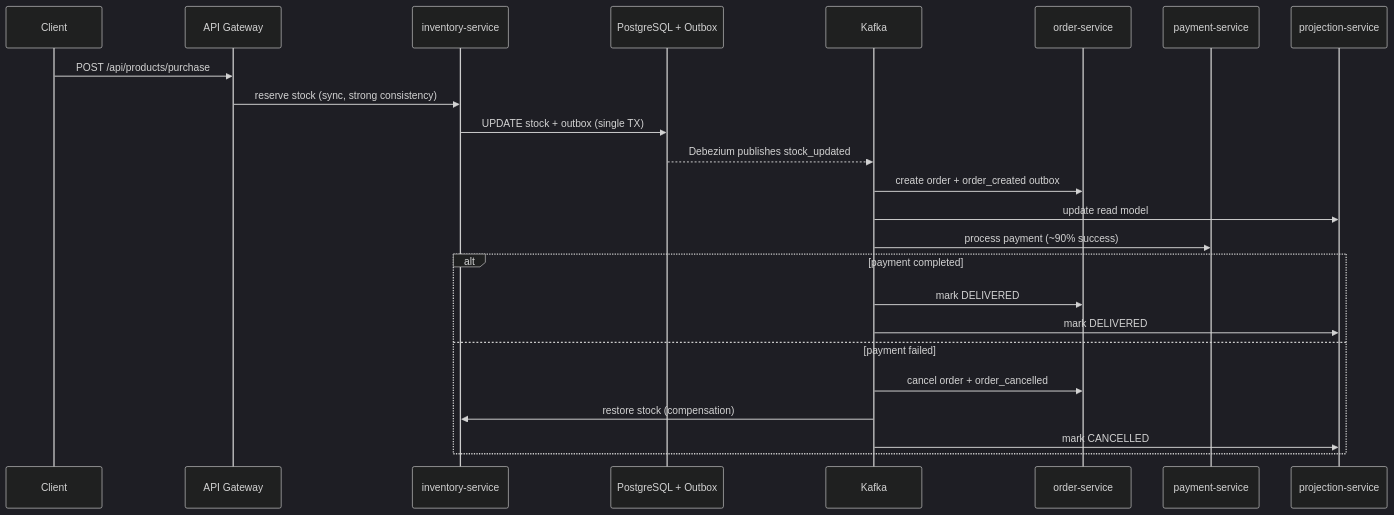
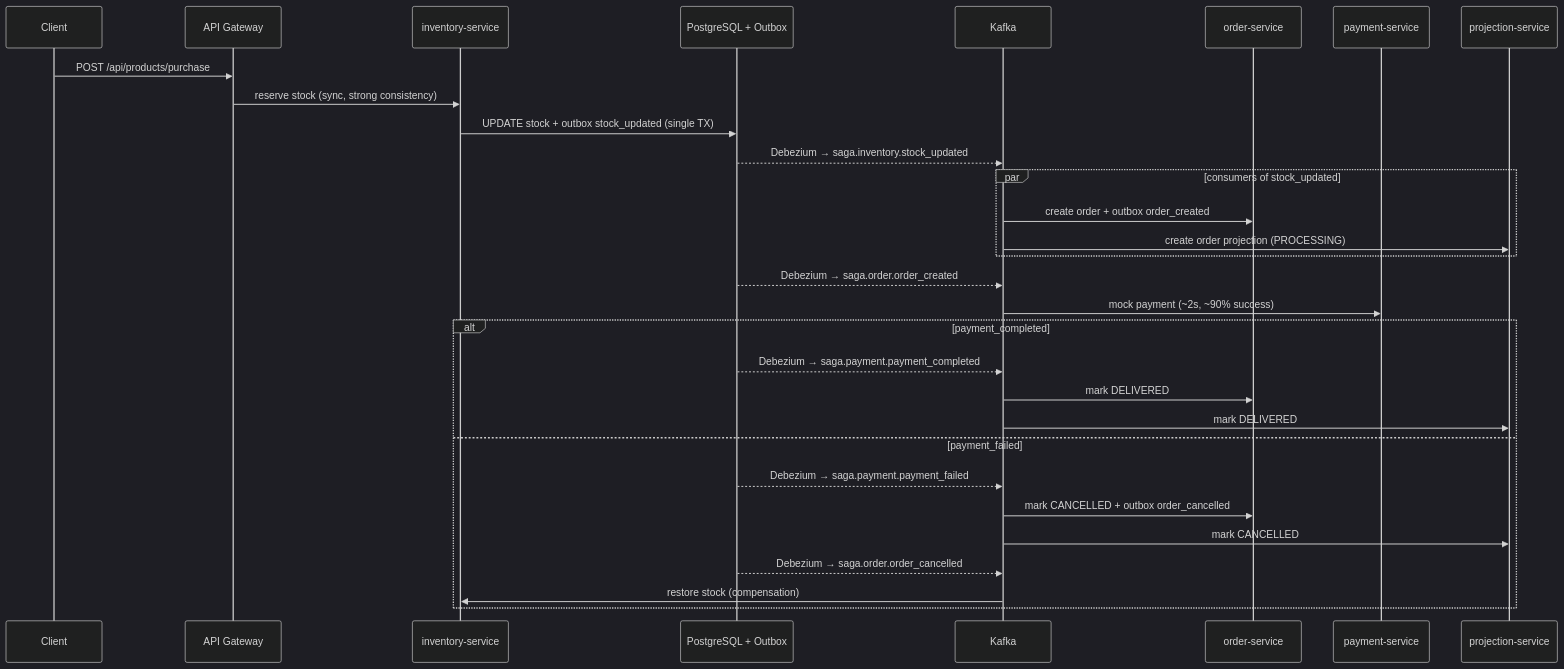
One commit to tahaberkamcadev/ecom changed the second of 2 diagrams in README.md. Above: the diagram before and after it, drawn with Mermaid (dark theme). The commit also changed other lines of this file, not shown here.

Commit message:
Refactor README.md to enhance purchase saga flow clarity
- Updated the sequence diagram to reflect changes in the purchase saga, including detailed interactions for stock updates, order creation, and payment processing.
- Improved descriptions of Kafka listener activities and compensation scenarios to provide clearer insights into the system's behavior during transactions.
- Adjusted framework version in the tech stack section for accuracy.

````diff
--- a/README.md
+++ b/README.md
@@ -118,27 +118,33 @@
 ```mermaid
 sequenceDiagram
   participant C as Client
   participant GW as API Gateway
   participant INV as inventory-service
   participant DB as PostgreSQL + Outbox
   participant K as Kafka
   participant ORD as order-service
   participant PAY as payment-service
   participant PRJ as projection-service
 
   C->>GW: POST /api/products/purchase
   GW->>INV: reserve stock (sync, strong consistency)
-  INV->>DB: UPDATE stock + outbox (single TX)
-  DB-->>K: Debezium publishes stock_updated
-  K->>ORD: create order + order_created outbox
-  K->>PRJ: update read model
-  K->>PAY: process payment (~90% success)
-  alt payment completed
+  INV->>DB: UPDATE stock + outbox stock_updated (single TX)
+  DB-->>K: Debezium → saga.inventory.stock_updated
+  par consumers of stock_updated
+    K->>ORD: create order + outbox order_created
+    K->>PRJ: create order projection (PROCESSING)
+  end
+  DB-->>K: Debezium → saga.order.order_created
+  K->>PAY: mock payment (~2s, ~90% success)
+  alt payment_completed
+    DB-->>K: Debezium → saga.payment.payment_completed
     K->>ORD: mark DELIVERED
     K->>PRJ: mark DELIVERED
-  else payment failed
-    K->>ORD: cancel order + order_cancelled
+  else payment_failed
+    DB-->>K: Debezium → saga.payment.payment_failed
+    K->>ORD: mark CANCELLED + outbox order_cancelled
+    K->>PRJ: mark CANCELLED
+    DB-->>K: Debezium → saga.order.order_cancelled
     K->>INV: restore stock (compensation)
-    K->>PRJ: mark CANCELLED
   end
 ```
````
